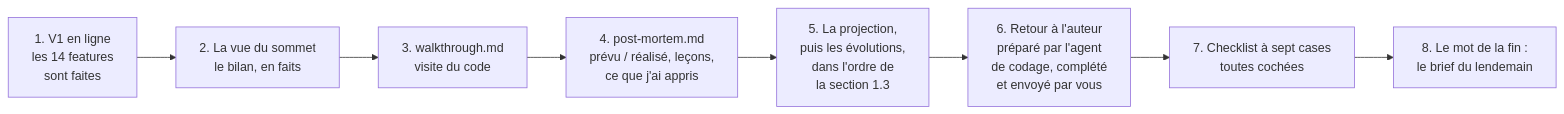
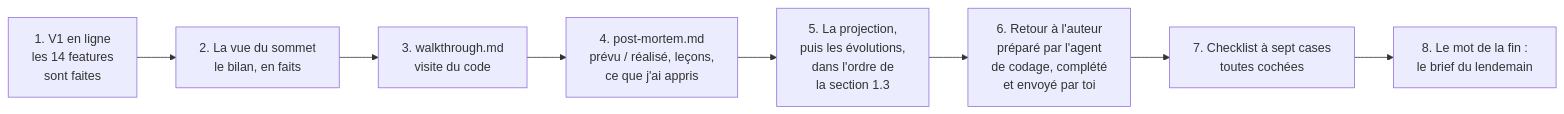
Diagram 41 of 42 in tuto-goodvibe-vibecoding.md (lecinquiemejour-code/goodvibe-tuto), drawn with Mermaid before and after one commit. The commit also changed other lines of this file and 3 other files, not shown here.

````diff
--- a/tuto-goodvibe-vibecoding.md
+++ b/tuto-goodvibe-vibecoding.md
@@ -2145,10 +2145,10 @@
 ```mermaid
 flowchart LR
     A["1. V1 en ligne<br/>les 14 features<br/>sont faites"] --> S["2. La vue du sommet<br/>le bilan, en faits"]
     S --> B["3. walkthrough.md<br/>visite du code"]
     B --> C["4. post-mortem.md<br/>prévu / réalisé, leçons,<br/>ce que j'ai appris"]
     C --> D["5. La projection,<br/>puis les évolutions,<br/>dans l'ordre de<br/>la section 1.3"]
-    D --> R["6. Retour à l'auteur<br/>préparé par l'agent<br/>de codage, complété<br/>et envoyé par vous"]
+    D --> R["6. Retour à l'auteur<br/>préparé par l'agent<br/>de codage, complété<br/>et envoyé par toi"]
     R --> E["7. Checklist à sept cases<br/>toutes cochées"]
     E --> F["8. Le mot de la fin :<br/>le brief du lendemain"]
 ```
````
